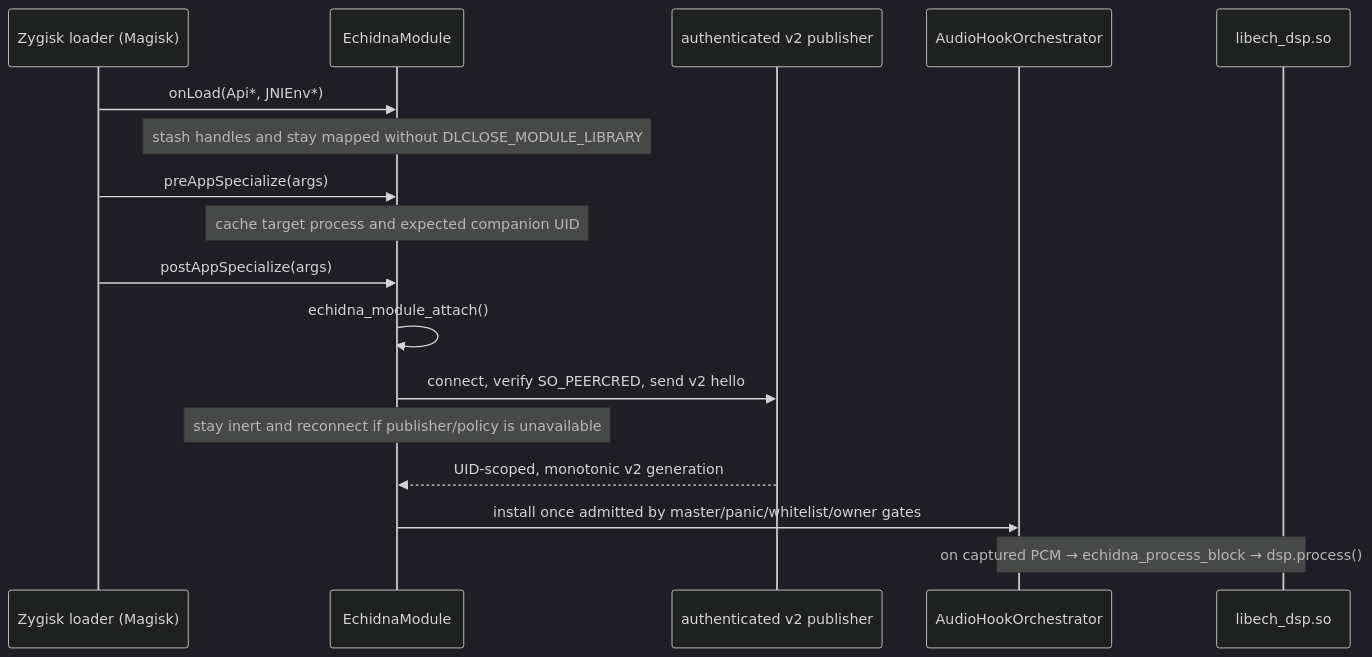
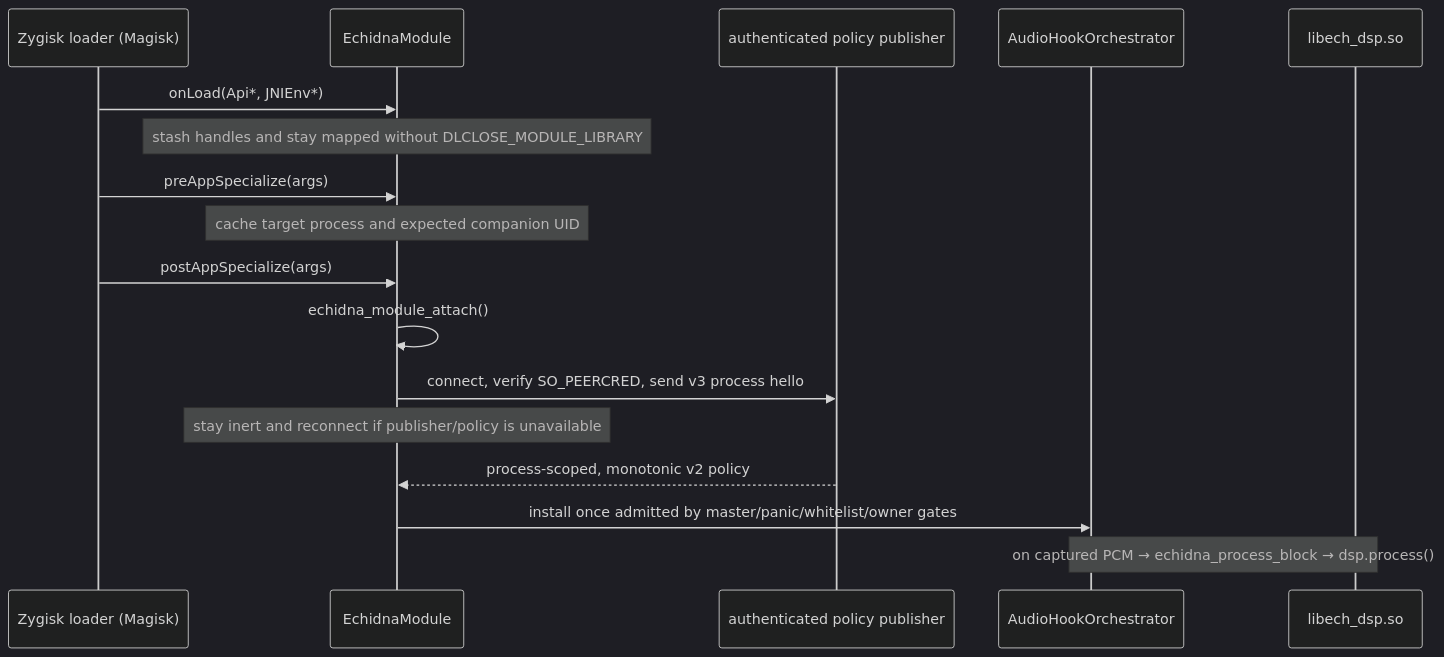
The third of 3 diagrams in docs/architecture.md (supermarsx/echidna), drawn with Mermaid (dark theme) before and after one commit. The commit also changed other lines of this file and 16 other files, not shown here.

````diff
--- a/docs/architecture.md
+++ b/docs/architecture.md
@@ -158,19 +158,19 @@
 ```mermaid
     sequenceDiagram
     participant Z as Zygisk loader (Magisk)
     participant M as EchidnaModule
-    participant S as authenticated v2 publisher
+    participant S as authenticated policy publisher
     participant O as AudioHookOrchestrator
     participant D as libech_dsp.so
     Z->>M: onLoad(Api*, JNIEnv*)
     Note over M: stash handles and stay mapped without DLCLOSE_MODULE_LIBRARY
     Z->>M: preAppSpecialize(args)
     Note over M: cache target process and expected companion UID
     Z->>M: postAppSpecialize(args)
     M->>M: echidna_module_attach()
-    M->>S: connect, verify SO_PEERCRED, send v2 hello
+    M->>S: connect, verify SO_PEERCRED, send v3 process hello
     Note over M: stay inert and reconnect if publisher/policy is unavailable
-    S-->>M: UID-scoped, monotonic v2 generation
+    S-->>M: process-scoped, monotonic v2 policy
     M->>O: install once admitted by master/panic/whitelist/owner gates
     Note over O,D: on captured PCM → echidna_process_block → dsp.process()
 ```
````
